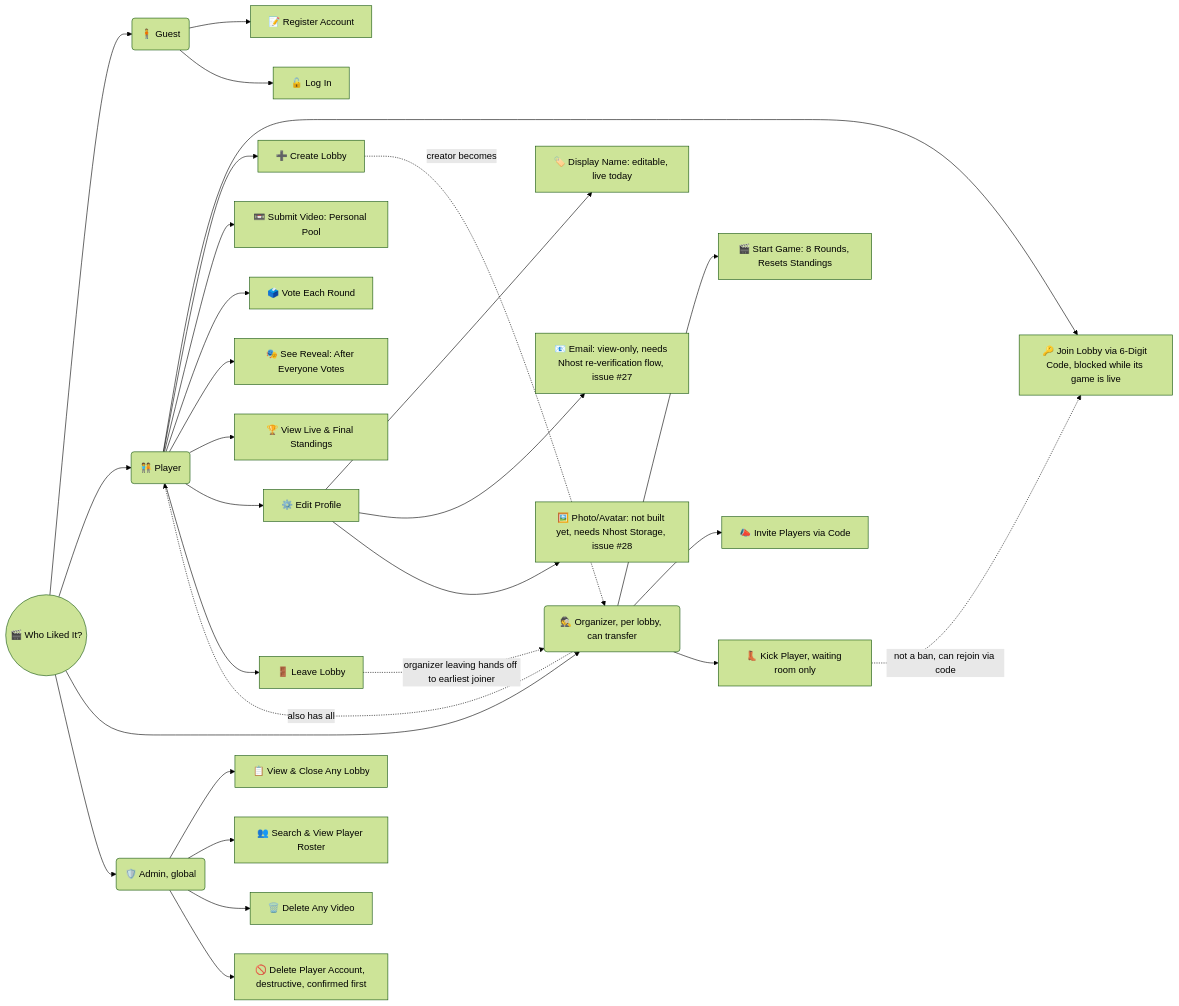
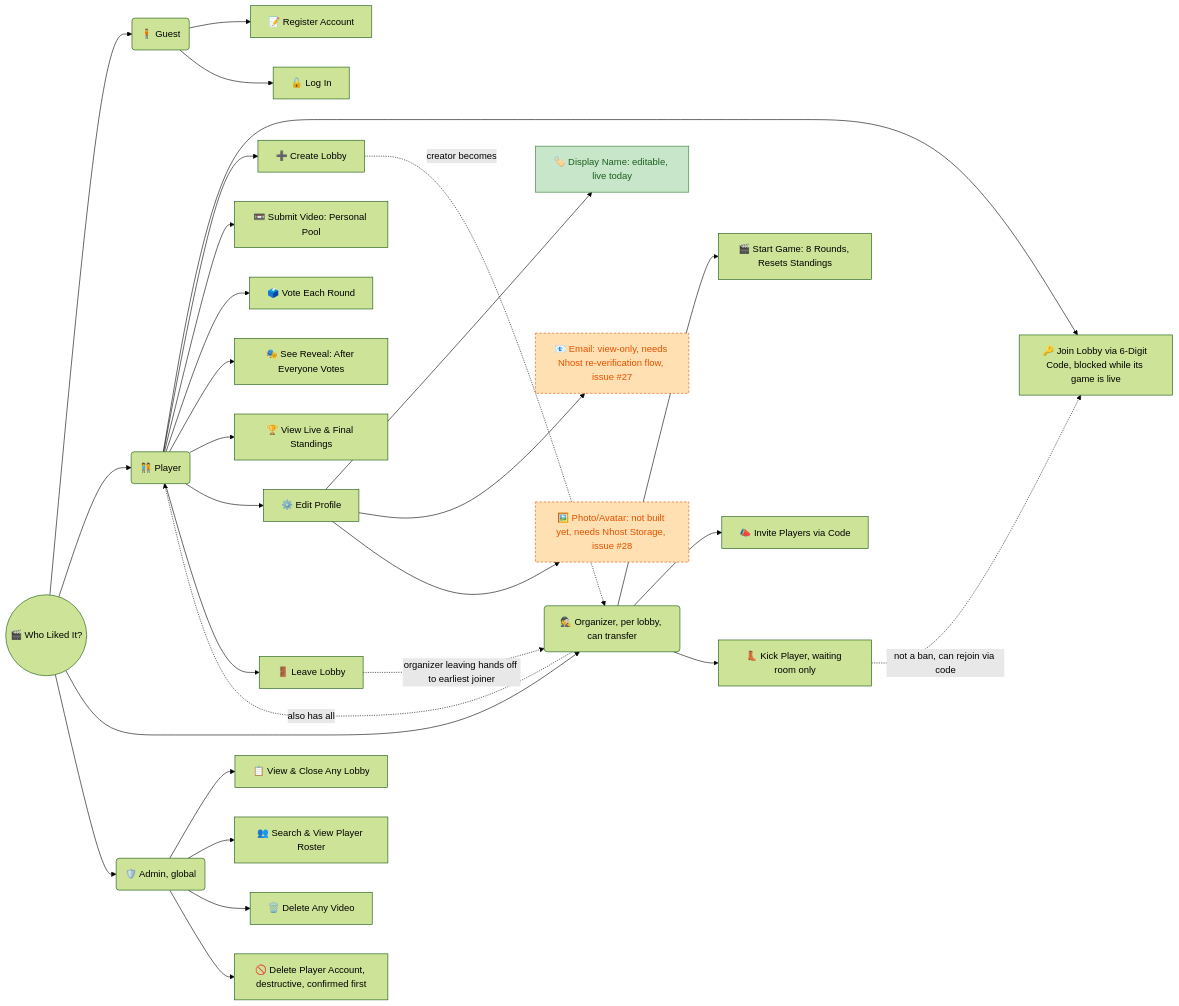
One commit to chrylox/who-liked-it changed the diagram in roles-use-cases-diagram.md. Above: the diagram before and after it, drawn with Mermaid (forest theme). The commit also changed other lines of this file and 1 other file, not shown here.

Commit message:
Color-code P7 sub-nodes by build status for visibility (#31)
Green = live today (Display Name), orange/dashed = planned but not
built (Email #27, Photo/Avatar #28), with a one-line legend.

````diff
--- a/roles-use-cases-diagram.md
+++ b/roles-use-cases-diagram.md
@@ -1,36 +1,41 @@
 ```mermaid
 graph LR
   Root((🎬 Who Liked It?))
 
   Root --> Guest(🧍 Guest)
   Guest --> G1[📝 Register Account]
   Guest --> G2[🔓 Log In]
 
   Root --> Player(🧑‍🤝‍🧑 Player)
   Player --> P1[🔑 Join Lobby via 6-Digit Code, blocked while its game is live]
   Player --> P2[➕ Create Lobby]
   Player --> P3[📼 Submit Video: Personal Pool]
   Player --> P4[🗳️ Vote Each Round]
   Player --> P5[🎭 See Reveal: After Everyone Votes]
   Player --> P6[🏆 View Live &amp; Final Standings]
   Player --> P7[⚙️ Edit Profile]
   P7 --> P7a[🏷️ Display Name: editable, live today]
   P7 --> P7b[📧 Email: view-only, needs Nhost re-verification flow, issue #27]
   P7 --> P7c[🖼️ Photo/Avatar: not built yet, needs Nhost Storage, issue #28]
   Player --> P8[🚪 Leave Lobby]
 
   Root --> Organizer(🕵️ Organizer, per lobby, can transfer)
   Organizer --> O1[🎬 Start Game: 8 Rounds, Resets Standings]
   Organizer --> O2[📣 Invite Players via Code]
   Organizer --> O3[👢 Kick Player, waiting room only]
   Organizer -.->|also has all| Player
   P2 -.->|creator becomes| Organizer
   P8 -.->|organizer leaving hands off to earliest joiner| Organizer
   O3 -.->|not a ban, can rejoin via code| P1
 
   Root --> Admin(🛡️ Admin, global)
   Admin --> A1[📋 View &amp; Close Any Lobby]
   Admin --> A2[👥 Search &amp; View Player Roster]
   Admin --> A3[🗑️ Delete Any Video]
   Admin --> A4[🚫 Delete Player Account, destructive, confirmed first]
+
+  classDef live fill:#c8e6c9,stroke:#2e7d32,color:#1b5e20
+  classDef planned fill:#ffe0b2,stroke:#e65100,color:#e65100,stroke-dasharray: 4 3
+  class P7a live
+  class P7b,P7c planned
 ```
````
